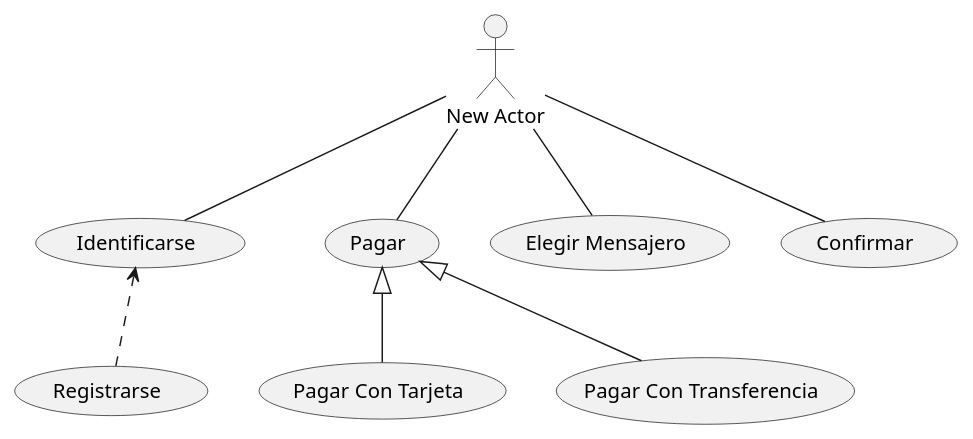
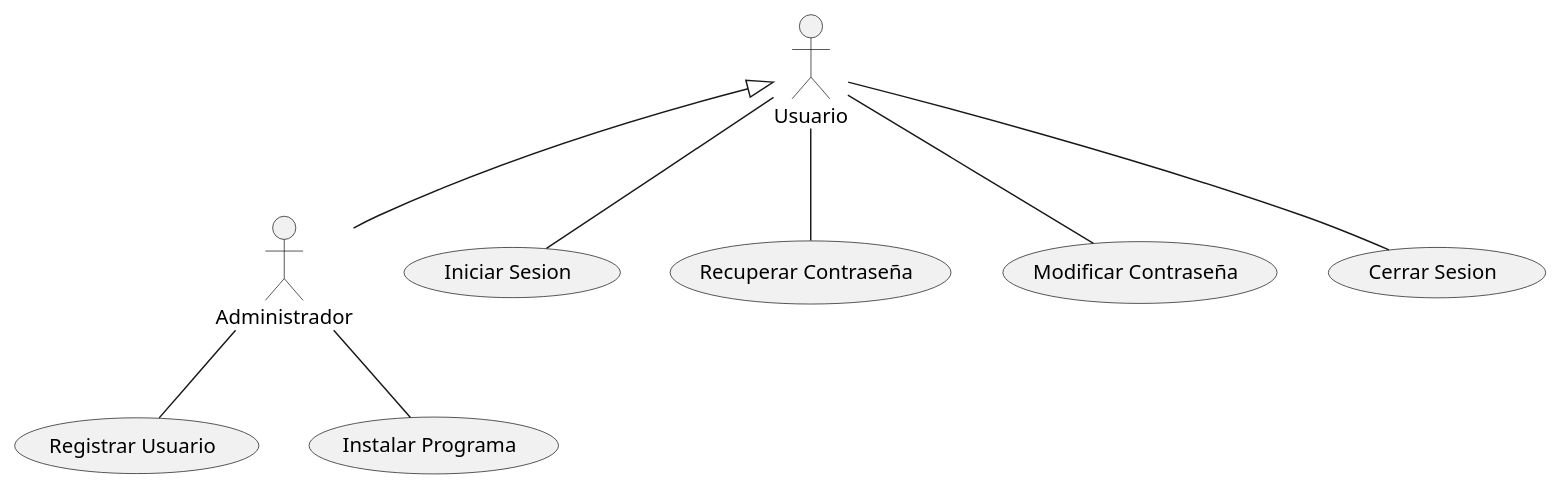
The diagram in src/test.puml (erentitan4512/Carlos-Arroyo-Galan-Casos-de-Uso-UML), drawn with PlantUML before and after one commit.

Commit message:
Nine Commit

```diff
--- a/src/test.puml
+++ b/src/test.puml
@@ -1,9 +1,9 @@
 @startuml
-:New Actor: -- (Identificarse)
-:New Actor: -- (Pagar)
-:New Actor: -- (Elegir Mensajero)
-:New Actor: -- (Confirmar)
-(Pagar) <|-- (Pagar Con Tarjeta)
-(Pagar) <|-- (Pagar Con Transferencia)
-(Identificarse) <.. (Registrarse)
+:Usuario: <|-- :Administrador:
+:Usuario: -- (Iniciar Sesion)
+:Usuario: -- (Recuperar Contraseña)
+:Usuario: -- (Modificar Contraseña)
+:Usuario: -- (Cerrar Sesion)
+:Administrador: -- (Registrar Usuario)
+:Administrador: -- (Instalar Programa)
 @enduml
```
